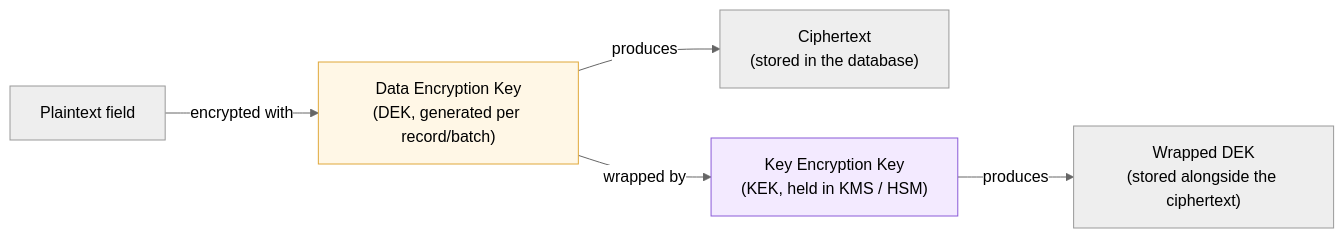
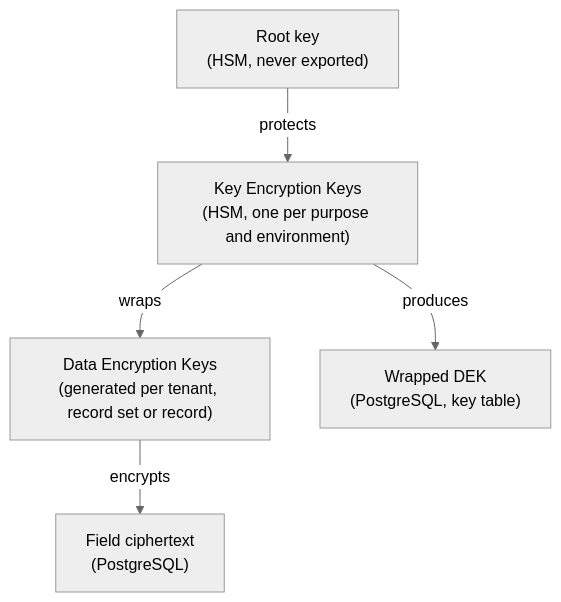
Before and after one commit to gbrandtio/bitcoin-tracker: the second of 3 diagrams in docs/SECURITY.md, drawn with Mermaid (neutral theme). The commit also changed other lines of this file and 4 other files, not shown here.

Commit message:
Adding frontend architecture, security, agents index - removing obsolete docs

````diff
--- a/docs/SECURITY.md
+++ b/docs/SECURITY.md
@@ -105,16 +178,13 @@
 ```mermaid
-flowchart LR
-    Plain["Plaintext field"]
-    DEK["Data Encryption Key\n(DEK, generated per record/batch)"]
-    Cipher["Ciphertext\n(stored in the database)"]
-    KEK["Key Encryption Key\n(KEK, held in KMS / HSM)"]
-    WrappedDEK["Wrapped DEK\n(stored alongside the ciphertext)"]
+flowchart TB
+    Root["Root key\n(HSM, never exported)"]
+    KEK["Key Encryption Keys\n(HSM, one per purpose and environment)"]
+    DEK["Data Encryption Keys\n(generated per tenant, record set or record)"]
+    Data["Field ciphertext\n(PostgreSQL)"]
+    WDEK["Wrapped DEK\n(PostgreSQL, key table)"]
 
-    Plain -- "encrypted with" --> DEK
-    DEK -- "produces" --> Cipher
-    DEK -- "wrapped by" --> KEK
-    KEK -- "produces" --> WrappedDEK
-
-    style KEK fill:#f3eaff,stroke:#8a5bd8
-    style DEK fill:#fff7e6,stroke:#e0a83b
+    Root -- "protects" --> KEK
+    KEK -- "wraps" --> DEK
+    DEK -- "encrypts" --> Data
+    KEK -- "produces" --> WDEK
 ```
````
